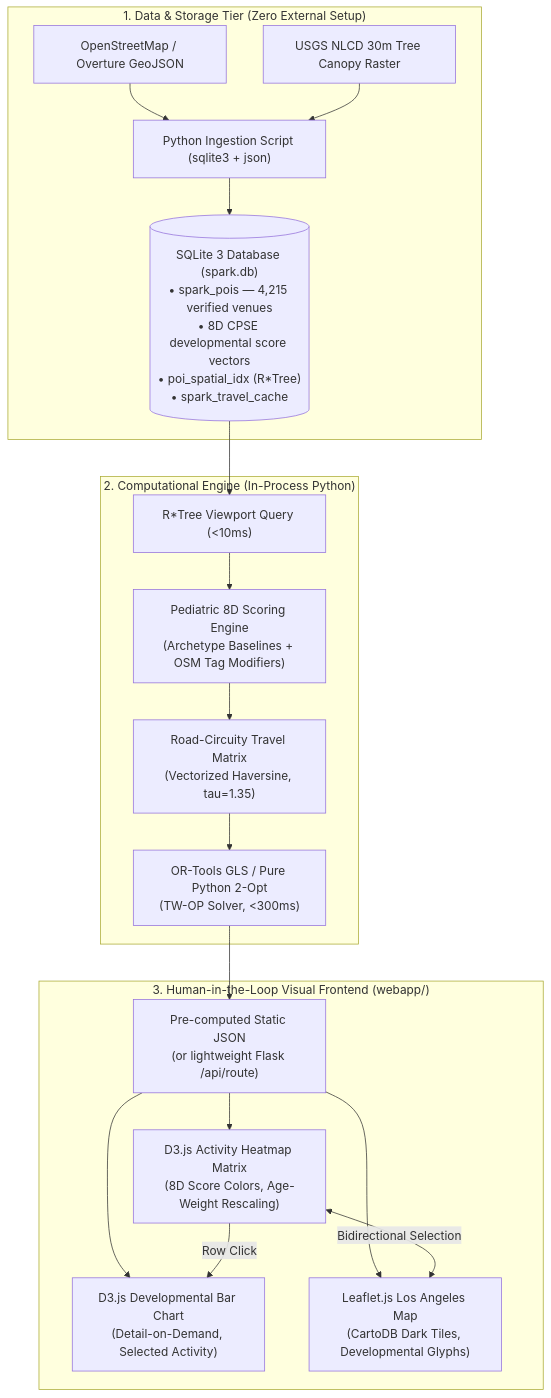
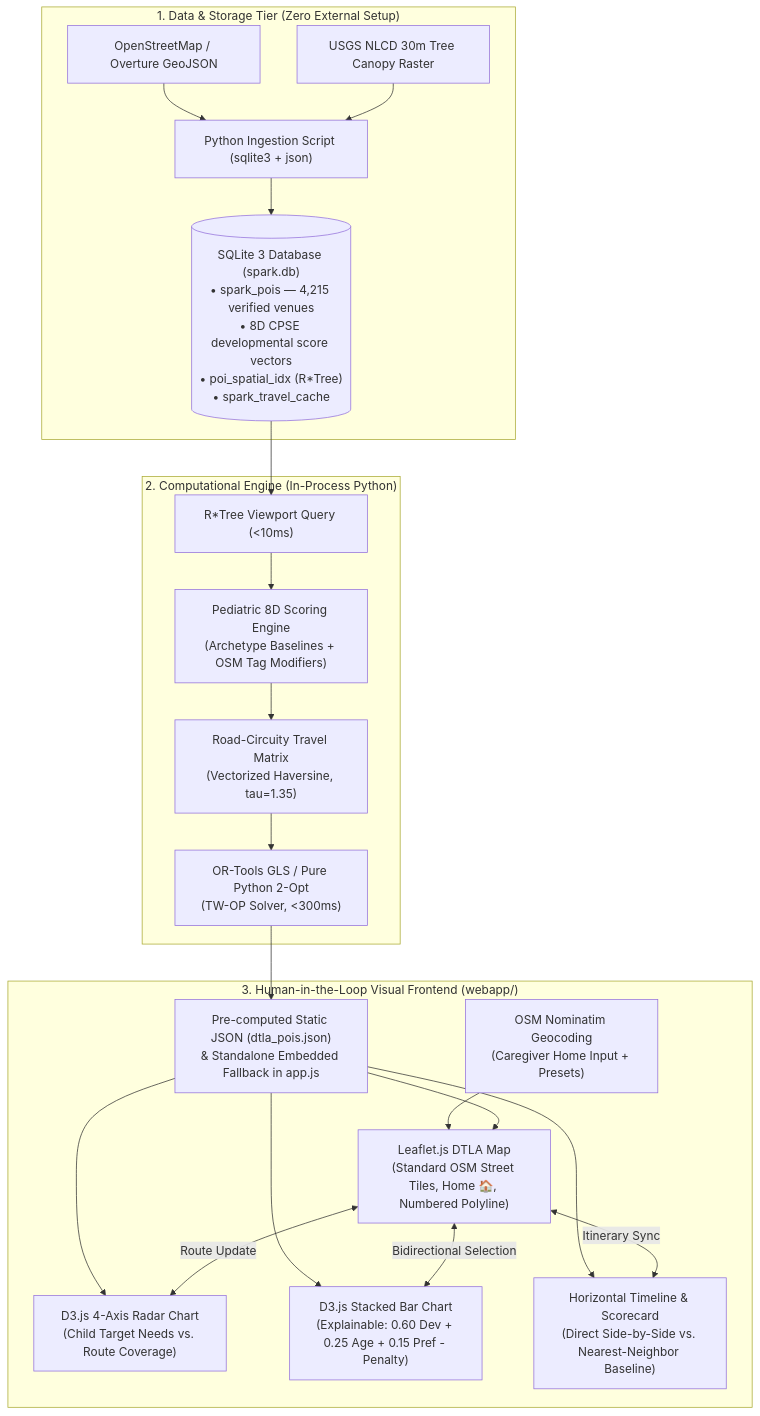
The diagram in projectwork/docs/spark_technical_analysis.md (manoj-android/cse-6242-project), drawn with Mermaid before and after one commit. The commit also changed other lines of this file and 14 other files, not shown here.

Commit message:
feat(spark): update README, merge proposals, add DTLA webapp with OSM and evaluation feedback

````diff
--- a/projectwork/docs/spark_technical_analysis.md
+++ b/projectwork/docs/spark_technical_analysis.md
@@ -139,35 +156,40 @@
 ```mermaid
 flowchart TD
     subgraph DataLayer["1. Data & Storage Tier (Zero External Setup)"]
         OSM["OpenStreetMap / Overture GeoJSON"] --> ETL["Python Ingestion Script (sqlite3 + json)"]
         NLCD["USGS NLCD 30m Tree Canopy Raster"] --> ETL
         ETL --> DB[("SQLite 3 Database (spark.db)
 • spark_pois — 4,215 verified venues
 • 8D CPSE developmental score vectors
 • poi_spatial_idx (R*Tree)
 • spark_travel_cache")]
     end
 
     subgraph AnalyticsLayer["2. Computational Engine (In-Process Python)"]
         DB --> Viewport["R*Tree Viewport Query (<10ms)"]
         Viewport --> Scorer["Pediatric 8D Scoring Engine
 (Archetype Baselines + OSM Tag Modifiers)"]
         Scorer --> Matrix["Road-Circuity Travel Matrix
 (Vectorized Haversine, tau=1.35)"]
         Matrix --> Solver["OR-Tools GLS / Pure Python 2-Opt
 (TW-OP Solver, <300ms)"]
     end
 
     subgraph VisualLayer["3. Human-in-the-Loop Visual Frontend (webapp/)"]
-        Solver --> JSON["Pre-computed Static JSON
-(or lightweight Flask /api/route)"]
-        JSON --> Heatmap["D3.js Activity Heatmap Matrix
-(8D Score Colors, Age-Weight Rescaling)"]
-        JSON --> BarChart["D3.js Developmental Bar Chart
-(Detail-on-Demand, Selected Activity)"]
-        JSON --> Leaflet["Leaflet.js Los Angeles Map
-(CartoDB Dark Tiles, Developmental Glyphs)"]
-        Heatmap <-->|Bidirectional Selection| Leaflet
-        Heatmap -->|Row Click| BarChart
+        Solver --> JSON["Pre-computed Static JSON (dtla_pois.json)
+& Standalone Embedded Fallback in app.js"]
+        Nominatim["OSM Nominatim Geocoding
+(Caregiver Home Input + Presets)"] --> Leaflet
+        JSON --> Leaflet["Leaflet.js DTLA Map
+(Standard OSM Street Tiles, Home 🏠, Numbered Polyline)"]
+        JSON --> Radar["D3.js 4-Axis Radar Chart
+(Child Target Needs vs. Route Coverage)"]
+        JSON --> StackedBar["D3.js Stacked Bar Chart
+(Explainable: 0.60 Dev + 0.25 Age + 0.15 Pref - Penalty)"]
+        JSON --> Timeline["Horizontal Timeline & Scorecard
+(Direct Side-by-Side vs. Nearest-Neighbor Baseline)"]
+        Leaflet <-->|Bidirectional Selection| StackedBar
+        Leaflet <-->|Route Update| Radar
+        Leaflet <-->|Itinerary Sync| Timeline
     end
 ```
````
